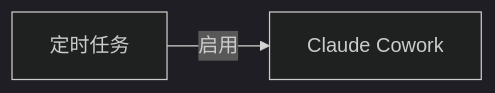
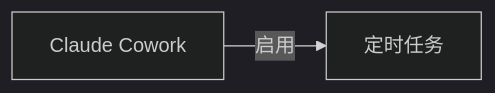
Before and after one commit to yibie/claude-best-practices-zh: the diagram in wiki/定时任务.md, drawn with Mermaid (dark theme). The commit also changed other lines of this file and 407 other files, not shown here.

Commit message:
feat: DeepSeek 三遍审校（译文/关系/图谱）+ 可部署静态站点

````diff
--- a/wiki/定时任务.md
+++ b/wiki/定时任务.md
@@ -43,5 +44,5 @@
 ```mermaid
 graph LR
   C["定时任务"]
-  C -->|启用| N0["Claude Cowork"]
+  N0["Claude Cowork"] -->|启用| C
 ```
````
